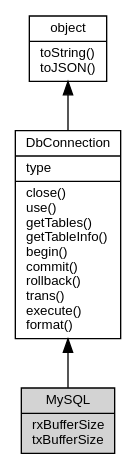
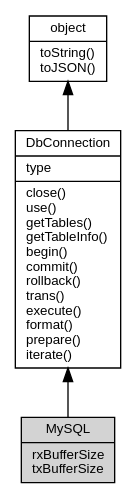
Before and after one commit to fibjs/fibjs.org: the diagram in docs/manual/object/ifs/MySQL.md, drawn with Graphviz. The commit also changed other lines of this file and 241 other files, not shown here.

````diff
--- a/docs/manual/object/ifs/MySQL.md
+++ b/docs/manual/object/ifs/MySQL.md
@@ -27,12 +62,12 @@
 ```dot
 digraph {
     node [fontname="Helvetica,sans-Serif", fontsize=10, shape="record", style="filled", fillcolor="white"];
 
     object [tooltip="object", URL="object.md", label="{object|toString()\ltoJSON()\l}"];
-    DbConnection [tooltip="DbConnection", URL="DbConnection.md", label="{DbConnection|type\l|close()\luse()\lgetTables()\lgetTableInfo()\lbegin()\lcommit()\lrollback()\ltrans()\lexecute()\lformat()\l}"];
+    DbConnection [tooltip="DbConnection", URL="DbConnection.md", label="{DbConnection|type\l|close()\luse()\lgetTables()\lgetTableInfo()\lbegin()\lcommit()\lrollback()\ltrans()\lexecute()\lformat()\lprepare()\literate()\l}"];
     MySQL [tooltip="MySQL", fillcolor="lightgray", id="me", label="{MySQL|rxBufferSize\ltxBufferSize\l}"];
 
     object -> DbConnection [dir=back];
     DbConnection -> MySQL [dir=back];
 }
 ```
````
